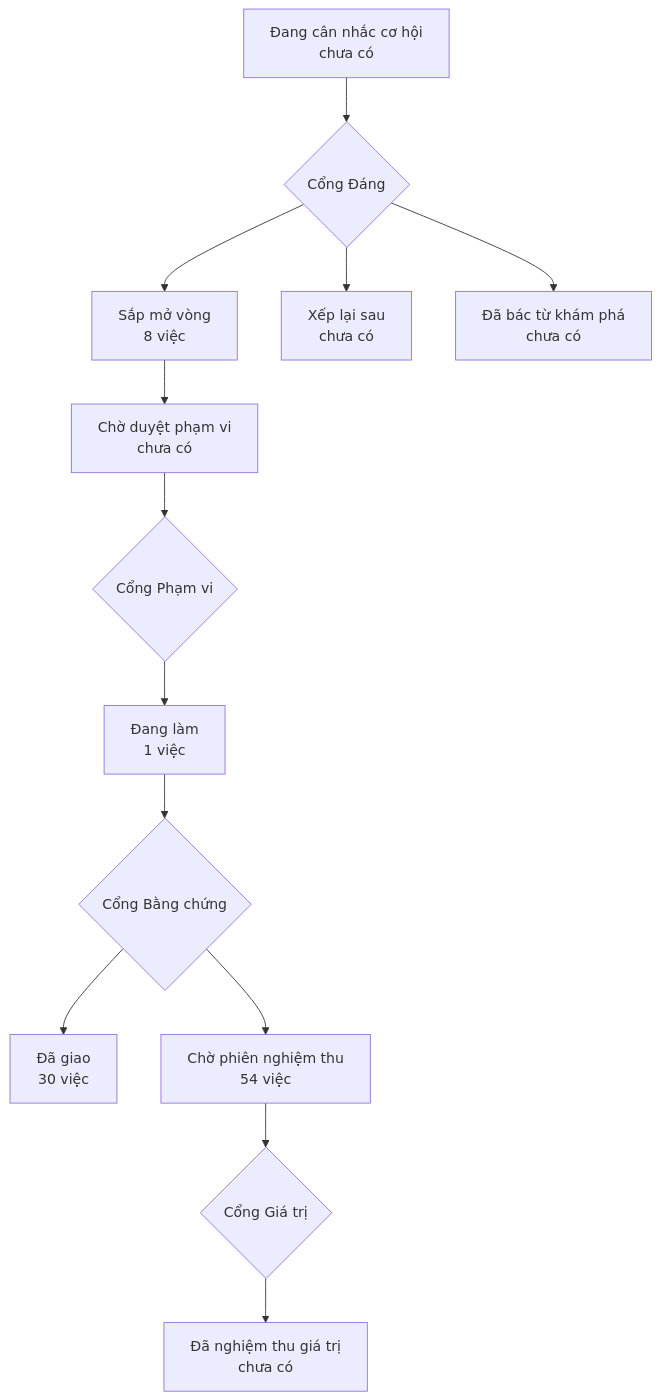
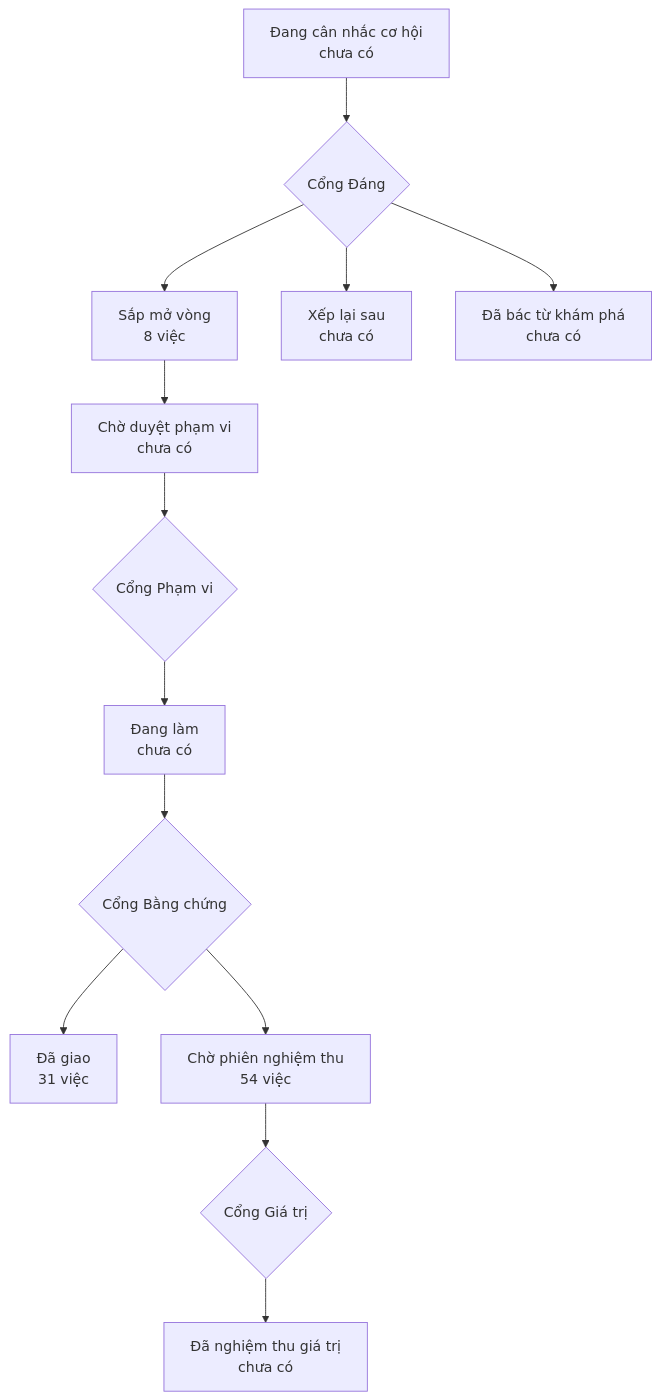
The diagram in PRODUCT-MAP.md (phanlemanh/onehub-inventory), drawn with Mermaid before and after one commit. The commit also changed other lines of this file and 1 other file, not shown here.

Commit message:
chore: redraw the product map and roadmap page for the machine-cleared record

````diff
--- a/PRODUCT-MAP.md
+++ b/PRODUCT-MAP.md
@@ -7,12 +7,12 @@
 ```mermaid
 flowchart TD
   A["Đang cân nhắc cơ hội<br/>chưa có"] --> GD{"Cổng Đáng"}
   GD --> B["Sắp mở vòng<br/>8 việc"]
   GD --> XL["Xếp lại sau<br/>chưa có"]
   GD --> DB["Đã bác từ khám phá<br/>chưa có"]
   B --> CD["Chờ duyệt phạm vi<br/>chưa có"] --> GP{"Cổng Phạm vi"}
-  GP --> DL["Đang làm<br/>1 việc"] --> GB{"Cổng Bằng chứng"}
-  GB --> DG["Đã giao<br/>30 việc"]
+  GP --> DL["Đang làm<br/>chưa có"] --> GB{"Cổng Bằng chứng"}
+  GB --> DG["Đã giao<br/>31 việc"]
   GB --> CN["Chờ phiên nghiệm thu<br/>54 việc"] --> GG{"Cổng Giá trị"}
   GG --> NT["Đã nghiệm thu giá trị<br/>chưa có"]
 ```
````
